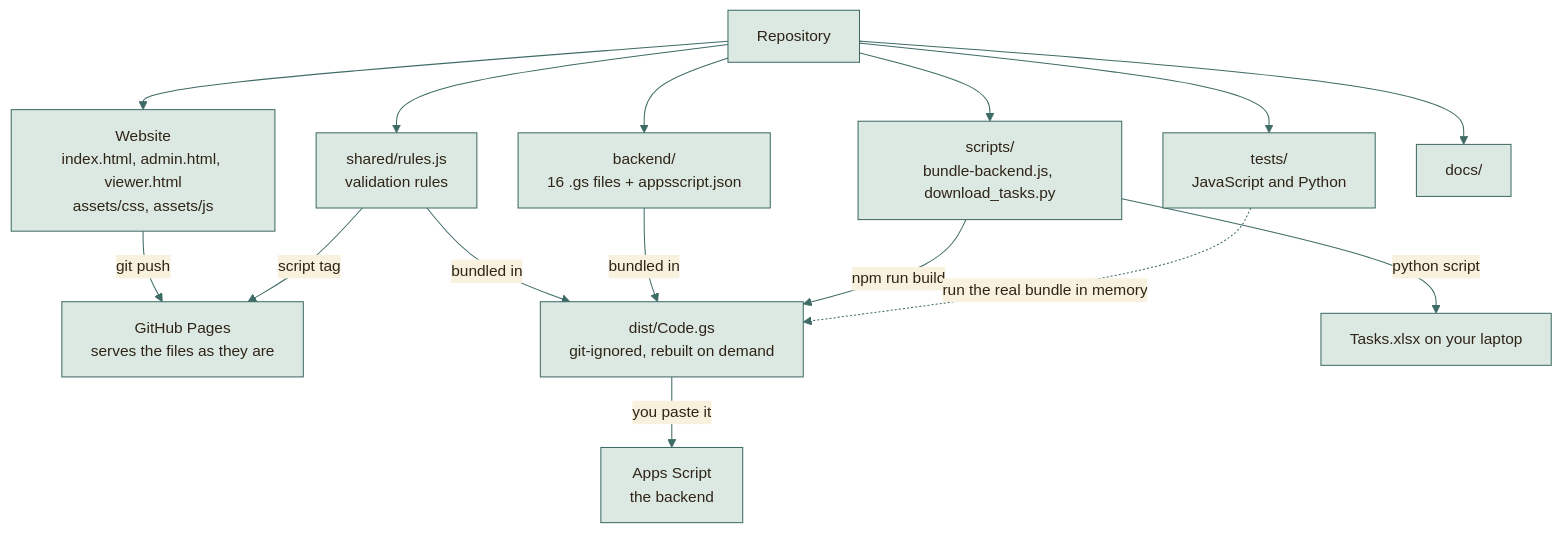
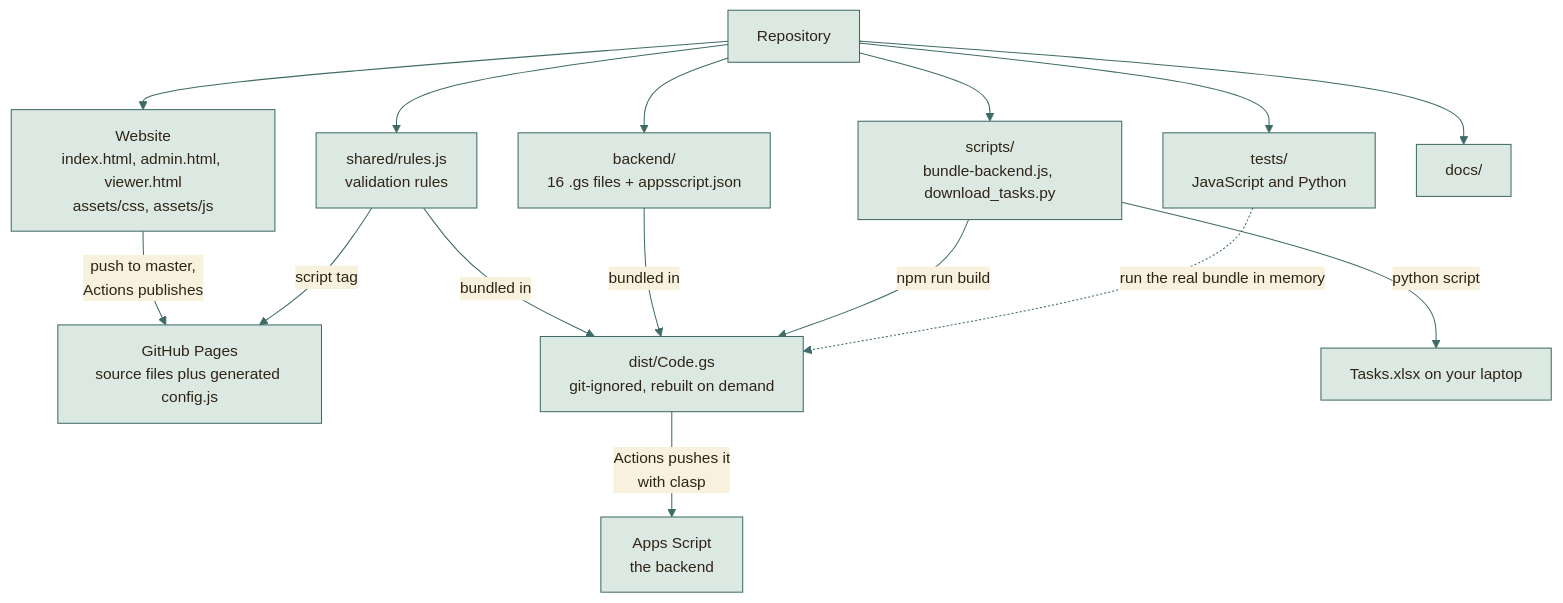
One commit to moyeh04/forms-platform changed the first of 3 diagrams in docs/MODULES.md. Above: the diagram before and after it, drawn with Mermaid. The commit also changed 1 other file, not shown here.

Commit message:
docs(pipeline): Replace paste steps with the Actions deploy
The rebuild table and the module map told the reader to paste
dist/Code.gs and publish a new version by hand, while the workflow does
both after a push to master.

- Point the "When to rebuild" rows at a push to master
- State that one push updates both copies of shared/rules.js, the server
  first, with Pages published after the backend succeeds
- Label the paste troubleshooting rows as manual recovery and add a row
  for a failed or skipped Apps Script job
- Relabel the module map arrows for clasp and the generated config.js

Both pages now describe the pipeline the workflow runs.

````diff
--- a/docs/MODULES.md
+++ b/docs/MODULES.md
@@ -7,47 +7,47 @@
 ```mermaid
 %%{init: {
   'theme': 'base',
   'themeVariables': {
     'fontFamily': 'ui-sans-serif, system-ui, -apple-system, Segoe UI, Roboto, sans-serif',
     'fontSize': '15px',
     'primaryColor': '#DCE9E2', 'primaryBorderColor': '#3F6B66', 'primaryTextColor': '#2F2418',
     'secondaryColor': '#F0E4C8', 'secondaryBorderColor': '#C9A24A', 'secondaryTextColor': '#2F2418',
     'tertiaryColor': '#F6EFDC', 'tertiaryBorderColor': '#CDBB94', 'tertiaryTextColor': '#2F2418',
     'lineColor': '#3F6B66', 'textColor': '#2F2418', 'mainBkg': '#DCE9E2', 'nodeBorder': '#3F6B66',
     'clusterBkg': '#F6EFDC', 'clusterBorder': '#CDBB94', 'titleColor': '#2F2418',
     'edgeLabelBackground': '#F8F1DD',
     'actorBkg': '#DCE9E2', 'actorBorder': '#3F6B66', 'actorTextColor': '#2F2418', 'actorLineColor': '#8FB3AB',
     'signalColor': '#477A73', 'signalTextColor': '#477A73',
     'labelBoxBkgColor': '#F0E4C8', 'labelBoxBorderColor': '#C9A24A', 'labelTextColor': '#2F2418', 'loopTextColor': '#6A5A44',
     'noteBkgColor': '#FBEFC9', 'noteBorderColor': '#C9A24A', 'noteTextColor': '#2F2418',
     'activationBkgColor': '#DCE9E2', 'activationBorderColor': '#3F6B66', 'sequenceNumberColor': '#F8F1DD',
     'transitionColor': '#3F6B66', 'stateLabelColor': '#2F2418', 'stateBkg': '#DCE9E2', 'altBackground': '#F6EFDC',
     'attributeBackgroundColorOdd': '#F8F1DD', 'attributeBackgroundColorEven': '#F0E4C8'
   },
   'flowchart': {'curve': 'basis', 'padding': 14, 'nodeSpacing': 40, 'rankSpacing': 46},
   'sequence': {'mirrorActors': false, 'messageMargin': 34, 'boxMargin': 8}
 }}%%
 flowchart TD
     repo["Repository"]
     repo --> web["Website<br/>index.html, admin.html, viewer.html<br/>assets/css, assets/js"]
     repo --> shared["shared/rules.js<br/>validation rules"]
     repo --> be["backend/<br/>16 .gs files + appsscript.json"]
     repo --> sc["scripts/<br/>bundle-backend.js, download_tasks.py"]
     repo --> ts["tests/<br/>JavaScript and Python"]
     repo --> dc["docs/"]
 
-    web -- "git push" --> gh["GitHub Pages<br/>serves the files as they are"]
+    web -- "push to master,<br/>Actions publishes" --> gh["GitHub Pages<br/>source files plus generated config.js"]
     shared -- "script tag" --> gh
     shared -- "bundled in" --> dist["dist/Code.gs<br/>git-ignored, rebuilt on demand"]
     be -- "bundled in" --> dist
     sc -- "npm run build" --> dist
-    dist -- "you paste it" --> gas["Apps Script<br/>the backend"]
+    dist -- "Actions pushes it<br/>with clasp" --> gas["Apps Script<br/>the backend"]
     sc -- "python script" --> xl["Tasks.xlsx on your laptop"]
     ts -. "run the real bundle in memory" .-> dist
     classDef cDb fill:#F3E2B3,stroke:#B8892D,stroke-width:1.5px,color:#2F2418
     classDef cActor fill:#F4D9D3,stroke:#9A3328,stroke-width:1.5px,color:#2F2418
     classDef cDec fill:#FBEFC9,stroke:#C9A24A,stroke-width:1.5px,color:#2F2418
     classDef cEnd fill:#2F2418,stroke:#2F2418,color:#F8F1DD
     classDef cErr fill:#F6D5CF,stroke:#A12B1F,stroke-width:1.5px,color:#5A140C
     classDef cOk fill:#BFD9CF,stroke:#2E5A55,stroke-width:1.5px,color:#17302D
 ```
````
